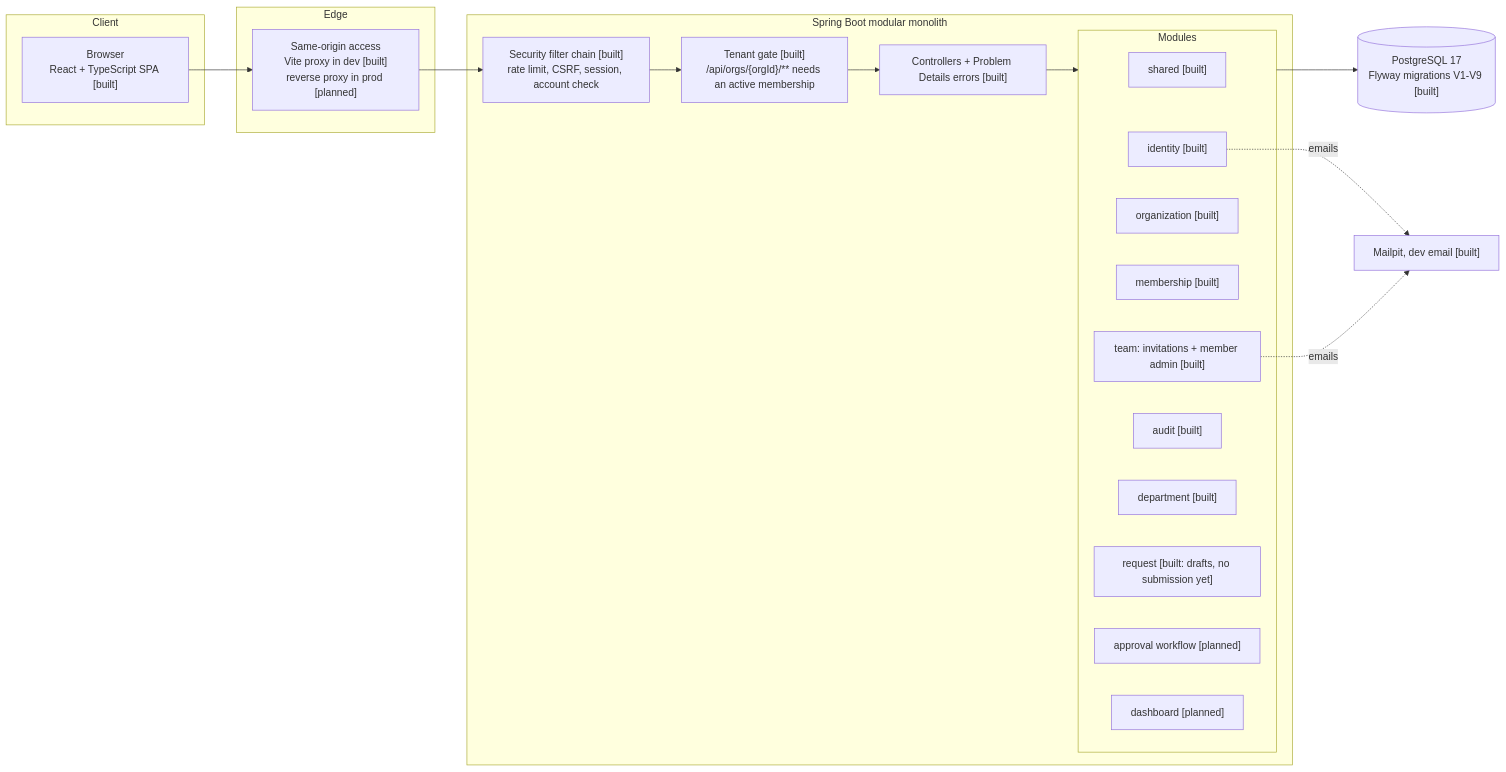
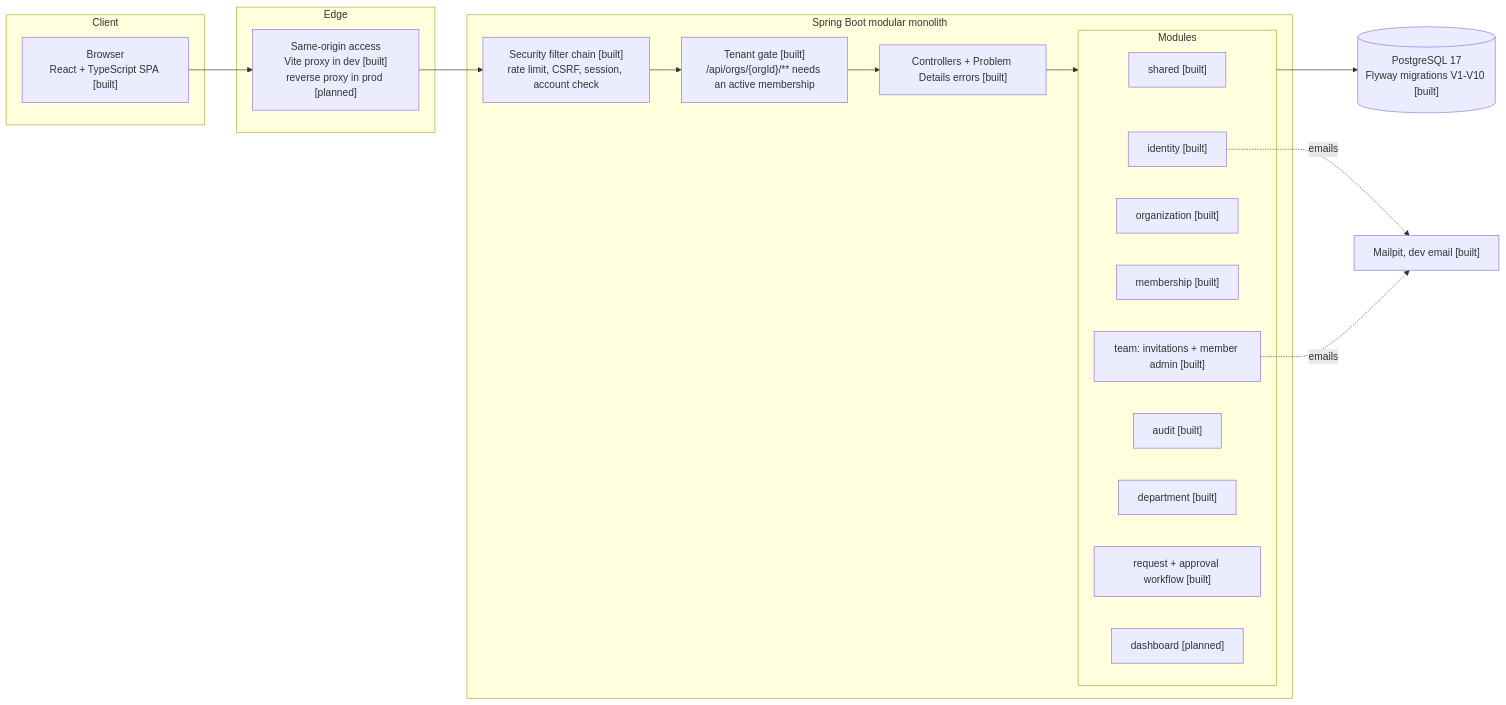
Before and after one commit to youssef-naj/nexus: the first of 2 diagrams in docs/architecture.md, drawn with Mermaid. The commit also changed other lines of this file and 23 other files, not shown here.

Commit message:
feat(request): approval workflow with history, self-approval rule and concurrency safeguards

````diff
--- a/docs/architecture.md
+++ b/docs/architecture.md
@@ -9,33 +9,32 @@
 ```mermaid
 flowchart LR
   subgraph Client
     B["Browser<br/>React + TypeScript SPA [built]"]
   end
   subgraph Edge
     P["Same-origin access<br/>Vite proxy in dev [built]<br/>reverse proxy in prod [planned]"]
   end
   subgraph App["Spring Boot modular monolith"]
     SEC["Security filter chain [built]<br/>rate limit, CSRF, session, account check"]
     GATE["Tenant gate [built]<br/>/api/orgs/{orgId}/** needs an active membership"]
     API["Controllers + Problem Details errors [built]"]
     subgraph Modules
       SH["shared [built]"]
       ID["identity [built]"]
       ORG["organization [built]"]
       MEM["membership [built]"]
       TEAM["team: invitations + member admin [built]"]
       AUD["audit [built]"]
       DEP["department [built]"]
-      REQ["request [built: drafts, no submission yet]"]
-      APP["approval workflow [planned]"]
+      REQ["request + approval workflow [built]"]
       DASH["dashboard [planned]"]
     end
   end
-  DB[("PostgreSQL 17<br/>Flyway migrations V1-V9 [built]")]
+  DB[("PostgreSQL 17<br/>Flyway migrations V1-V10 [built]")]
   MAIL["Mailpit, dev email [built]"]
 
   B --> P --> SEC --> GATE --> API --> Modules
   Modules --> DB
   ID -. emails .-> MAIL
   TEAM -. emails .-> MAIL
 ```
````
